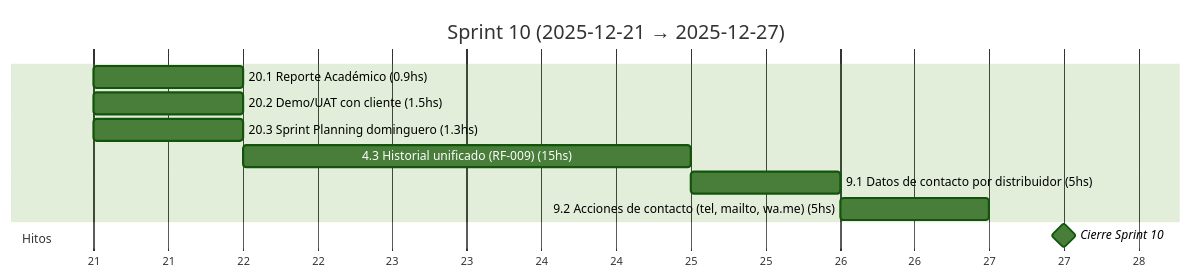
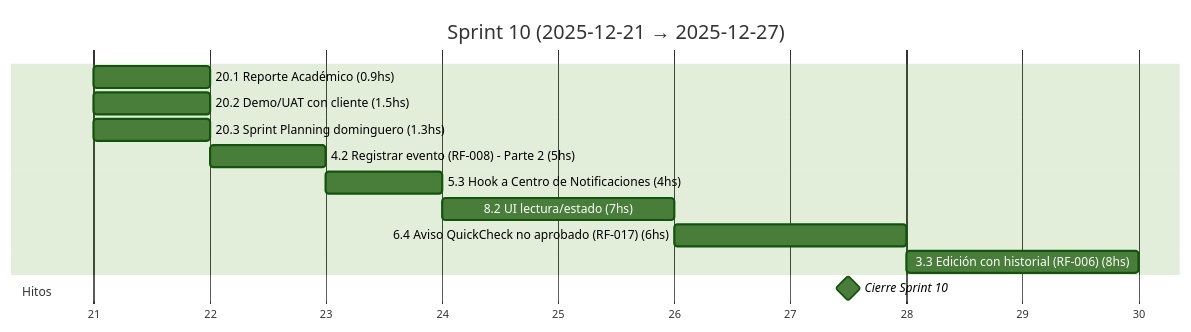
Diagram 11 of 19 in docs/SprintsGantts.md (MarkMed/FleetMan), drawn with Mermaid (forest theme) before and after one commit. The commit also changed other lines of this file and 1 other file, not shown here.

````diff
--- a/docs/SprintsGantts.md
+++ b/docs/SprintsGantts.md
@@ -275,18 +273,20 @@
 ```mermaid
 gantt
   title Sprint 10 (2025-12-21 → 2025-12-27)
   dateFormat  YYYY-MM-DD
   axisFormat  %d
 
   %% Asumimos 5 h/día. Horas estimadas incluidas en el nombre.
 
   20.1 Reporte Académico (0.9hs)               :t201, 2025-12-21, 1d
   20.2 Demo/UAT con cliente (1.5hs)            :t202, 2025-12-21, 1d
   20.3 Sprint Planning dominguero (1.3hs)      :t203, 2025-12-21, 1d
-  4.3 Historial unificado (RF-009) (15hs)      :t43, after t203, 3d
-  9.1 Datos de contacto por distribuidor (5hs) :t91, after t43, 1d
-  9.2 Acciones de contacto (tel, mailto, wa.me) (5hs) :t92, after t91, 1d
+  4.2 Registrar evento (RF-008) - Parte 2 (5hs) :t422, after t203, 1d
+  5.3 Hook a Centro de Notificaciones (4hs)    :t53, after t422, 1d
+  8.2 UI lectura/estado (7hs)                  :t82, after t53, 2d
+  6.4 Aviso QuickCheck no aprobado (RF-017) (6hs) :t64, after t82, 2d
+  3.3 Edición con historial (RF-006) (8hs)     :t33, after t64, 2d
 
   section Hitos
   Cierre Sprint 10                             :milestone, s10, 2025-12-27, 1d
 ```
````
